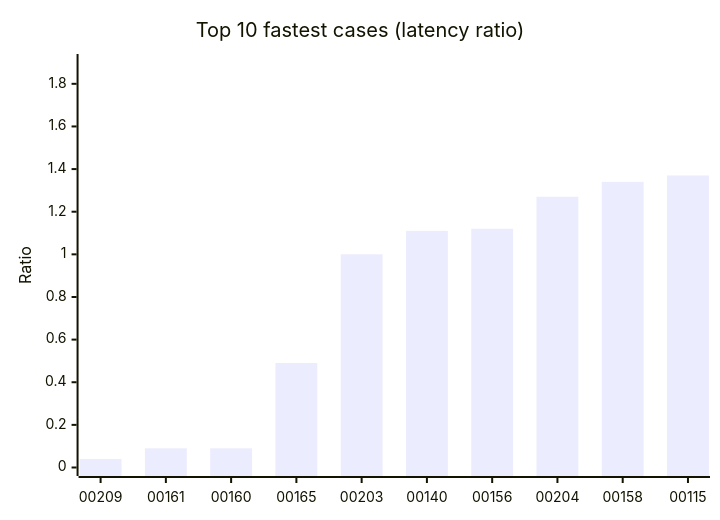
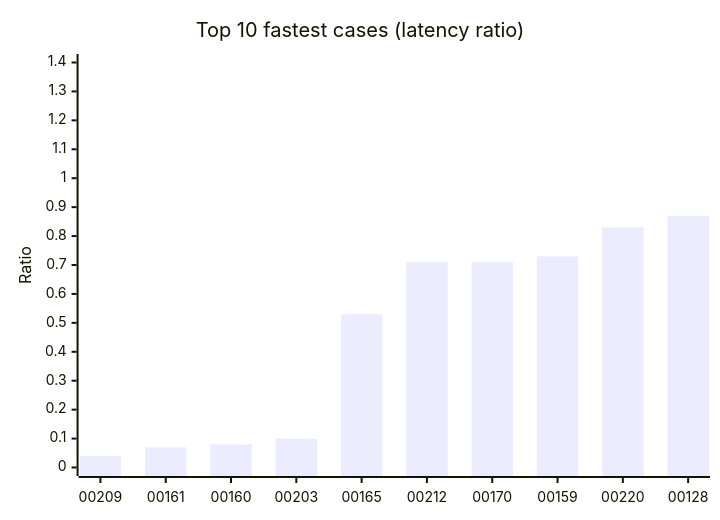
The second of 3 diagrams in README.md (neverhuman/RedlineDB), drawn with Mermaid before and after one commit. The commit also changed other lines of this file and 4 other files, not shown here.

````diff
--- a/README.md
+++ b/README.md
@@ -95,7 +95,7 @@
 ```mermaid
 xychart-beta
     title "Top 10 fastest cases (latency ratio)"
-    x-axis ["00209","00161","00160","00165","00203","00140","00156","00204","00158","00115"]
-    y-axis "Ratio" 0 --> 1.9
-    bar [0.04,0.09,0.09,0.49,1.00,1.11,1.12,1.27,1.34,1.37]
+    x-axis ["00209","00161","00160","00203","00165","00212","00170","00159","00220","00128"]
+    y-axis "Ratio" 0 --> 1.4
+    bar [0.04,0.07,0.08,0.10,0.53,0.71,0.71,0.73,0.83,0.87]
 ```
````
